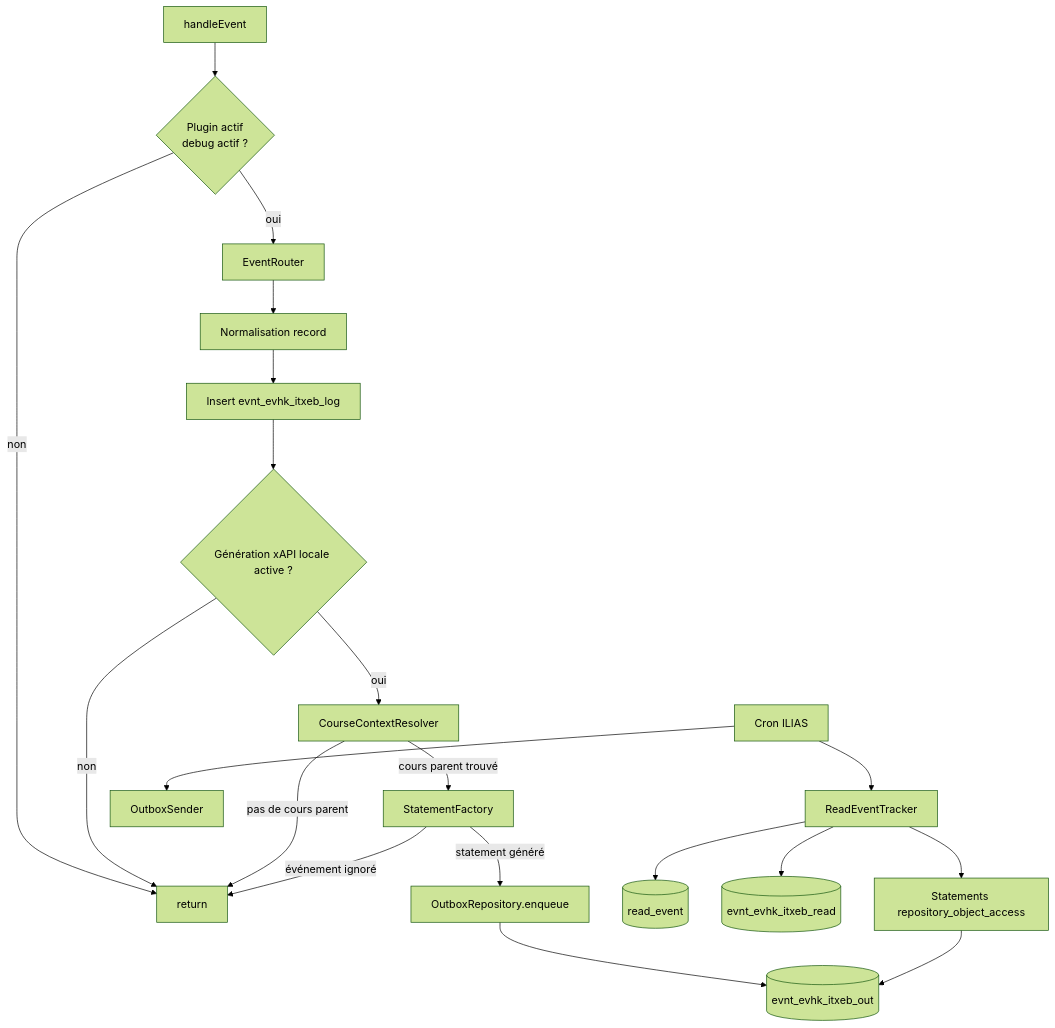
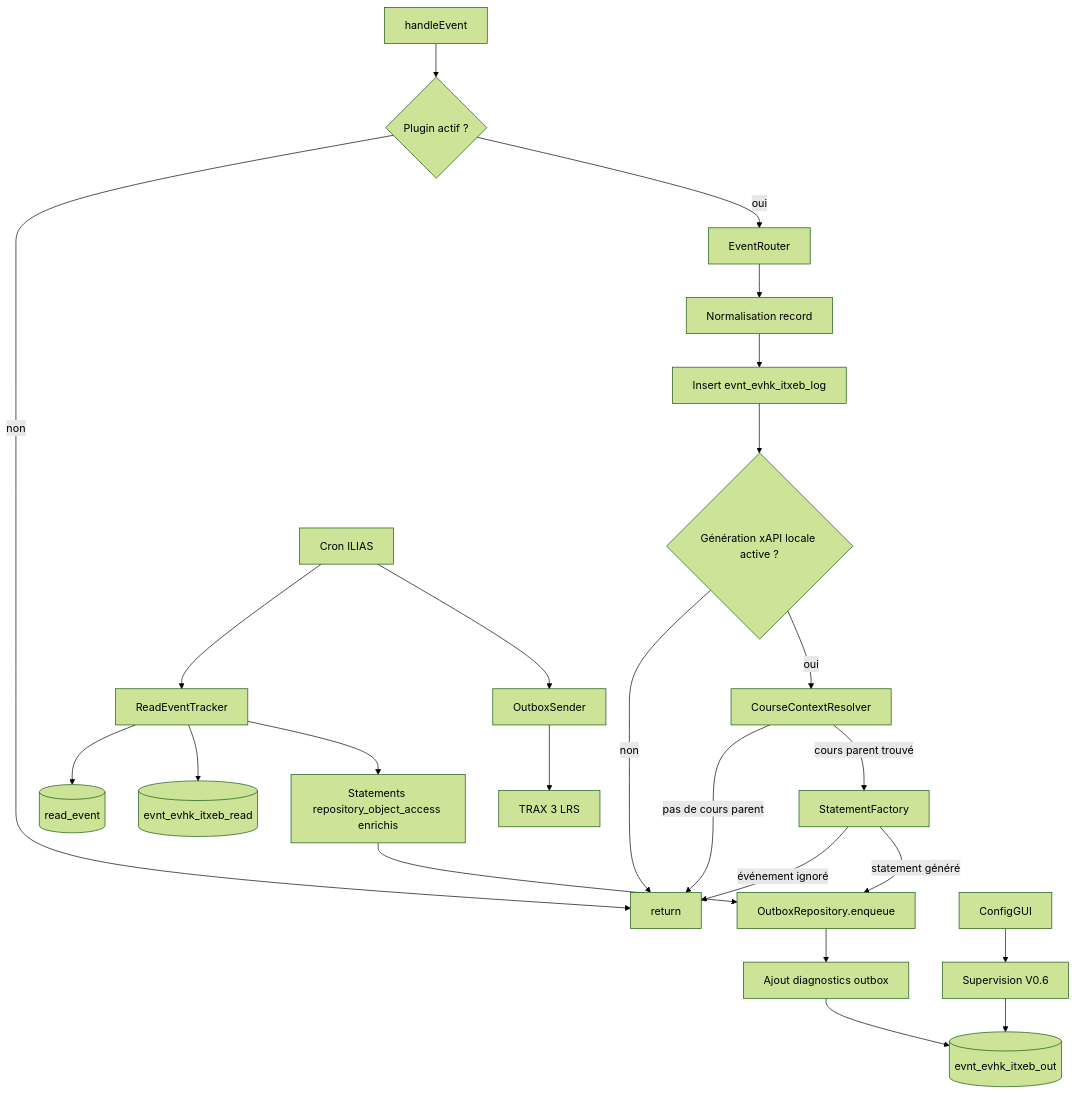
Before and after one commit to vincent-sayah/IliasTraxEventBridge: the diagram in README_TECHNIQUE.md, drawn with Mermaid (forest theme). The commit also changed other lines of this file, not shown here.

Commit message:
docs: align technical readme with v0.6 architecture

````diff
--- a/README_TECHNIQUE.md
+++ b/README_TECHNIQUE.md
@@ -121,25 +135,30 @@
 ```mermaid
 flowchart TD
-    H[handleEvent] --> C{Plugin actif<br>debug actif ?}
+    H[handleEvent] --> C{Plugin actif ?}
     C -->|non| END[return]
     C -->|oui| R[EventRouter]
 
     R --> N[Normalisation record]
     N --> L[Insert evnt_evhk_itxeb_log]
     L --> G{Génération xAPI locale active ?}
     G -->|non| END
     G -->|oui| CRS[CourseContextResolver]
     CRS -->|pas de cours parent| END
     CRS -->|cours parent trouvé| F[StatementFactory]
 
     F -->|événement ignoré| END
     F -->|statement généré| O[OutboxRepository.enqueue]
-    O --> DB[(evnt_evhk_itxeb_out)]
+    O --> DX[Ajout diagnostics outbox]
+    DX --> DB[(evnt_evhk_itxeb_out)]
 
     CRON[Cron ILIAS] --> READ[ReadEventTracker]
     READ --> READDB[(read_event)]
     READ --> DEDUP[(evnt_evhk_itxeb_read)]
-    READ --> OUT[Statements repository_object_access]
-    OUT --> DB
+    READ --> OUT[Statements repository_object_access enrichis]
+    OUT --> O
     CRON --> SEND[OutboxSender]
+    SEND --> TRAX[TRAX 3 LRS]
+
+    ADMIN[ConfigGUI] --> SUP[Supervision V0.6]
+    SUP --> DB
 ```
````
